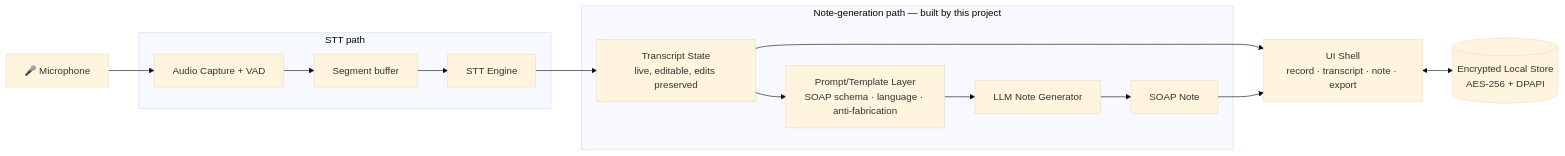
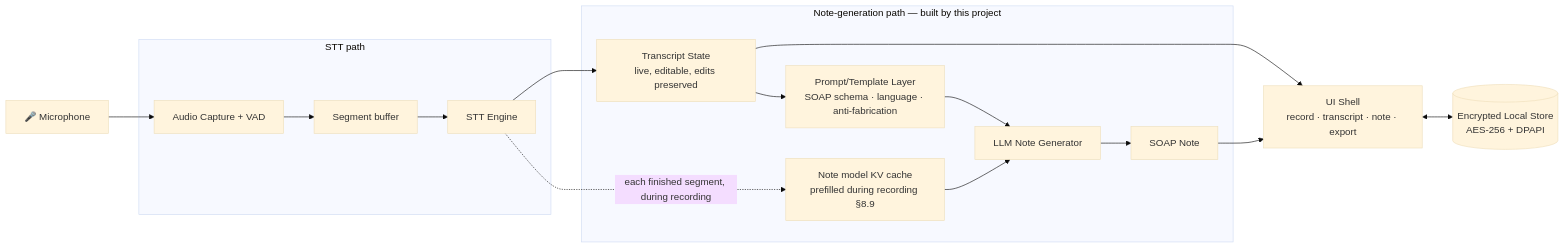
The second of 4 diagrams in docs/design.md (Vishnu373/asmart-medical-scribe), drawn with Mermaid (base theme) before and after one commit. The commit also changed other lines of this file and 18 other files, not shown here.

````diff
--- a/docs/design.md
+++ b/docs/design.md
@@ -158,21 +158,24 @@
 ```mermaid
 flowchart LR
     Mic[🎤 Microphone] --> Cap[Audio Capture + VAD]
 
     subgraph STT["STT path"]
         Cap --> Seg[Segment buffer]
         Seg --> ASR[STT Engine]
     end
 
     ASR --> TStore[Transcript State<br/>live, editable, edits preserved]
 
     subgraph NoteGen["Note-generation path — built by this project"]
         TStore --> Prompt[Prompt/Template Layer<br/>SOAP schema · language · anti-fabrication]
         Prompt --> LLM[LLM Note Generator]
+        KV[Note model KV cache<br/>prefilled during recording §8.9] --> LLM
         LLM --> Note[SOAP Note]
     end
+
+    ASR -. each finished segment, during recording .-> KV
 
     TStore --> UI
     Note --> UI[UI Shell<br/>record · transcript · note · export]
     UI <--> Persist[(Encrypted Local Store<br/>AES-256 + DPAPI)]
 ```
````
